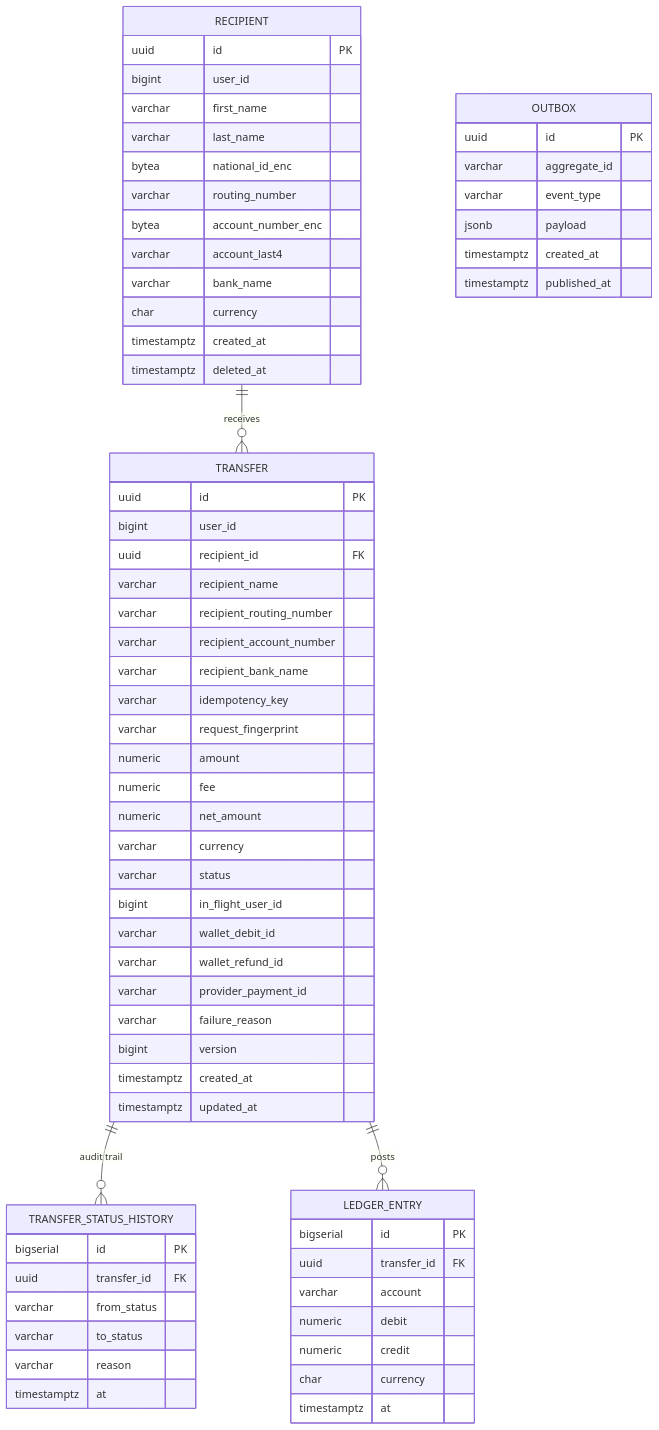
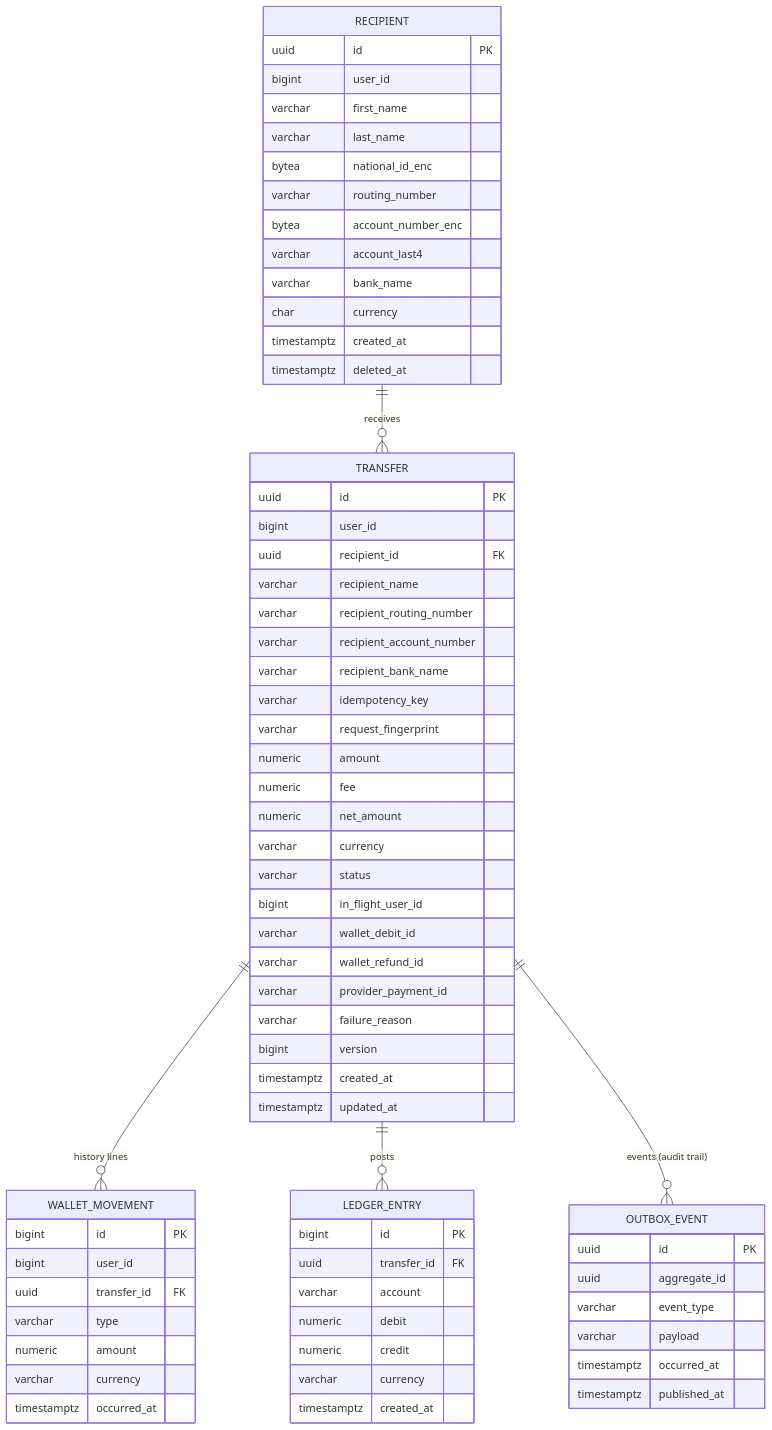
One commit to ggonzalez36/ontop-challenge changed the tenth of 10 diagrams in docs/architecture-design.md. Above: the diagram before and after it, drawn with Mermaid. The commit also changed other lines of this file and 6 other files, not shown here.

````diff
--- a/docs/architecture-design.md
+++ b/docs/architecture-design.md
@@ -375,69 +391,71 @@
 ```mermaid
 erDiagram
     RECIPIENT {
         uuid id PK
         bigint user_id
         varchar first_name
         varchar last_name
         bytea national_id_enc
         varchar routing_number
         bytea account_number_enc
         varchar account_last4
         varchar bank_name
         char currency
         timestamptz created_at
         timestamptz deleted_at
     }
     TRANSFER {
         uuid id PK
         bigint user_id
         uuid recipient_id FK
         varchar recipient_name
         varchar recipient_routing_number
         varchar recipient_account_number
         varchar recipient_bank_name
         varchar idempotency_key
         varchar request_fingerprint
         numeric amount
         numeric fee
         numeric net_amount
         varchar currency
         varchar status
         bigint in_flight_user_id
         varchar wallet_debit_id
         varchar wallet_refund_id
         varchar provider_payment_id
         varchar failure_reason
         bigint version
         timestamptz created_at
         timestamptz updated_at
     }
-    TRANSFER_STATUS_HISTORY {
-        bigserial id PK
+    WALLET_MOVEMENT {
+        bigint id PK
+        bigint user_id
         uuid transfer_id FK
-        varchar from_status
-        varchar to_status
-        varchar reason
-        timestamptz at
+        varchar type
+        numeric amount
+        varchar currency
+        timestamptz occurred_at
     }
     LEDGER_ENTRY {
-        bigserial id PK
+        bigint id PK
         uuid transfer_id FK
         varchar account
         numeric debit
         numeric credit
-        char currency
-        timestamptz at
+        varchar currency
+        timestamptz created_at
     }
-    OUTBOX {
+    OUTBOX_EVENT {
         uuid id PK
-        varchar aggregate_id
+        uuid aggregate_id
         varchar event_type
-        jsonb payload
-        timestamptz created_at
+        varchar payload
+        timestamptz occurred_at
         timestamptz published_at
     }
     RECIPIENT ||--o{ TRANSFER : "receives"
-    TRANSFER ||--o{ TRANSFER_STATUS_HISTORY : "audit trail"
+    TRANSFER ||--o{ WALLET_MOVEMENT : "history lines"
     TRANSFER ||--o{ LEDGER_ENTRY : "posts"
+    TRANSFER ||--o{ OUTBOX_EVENT : "events (audit trail)"
 ```
````
